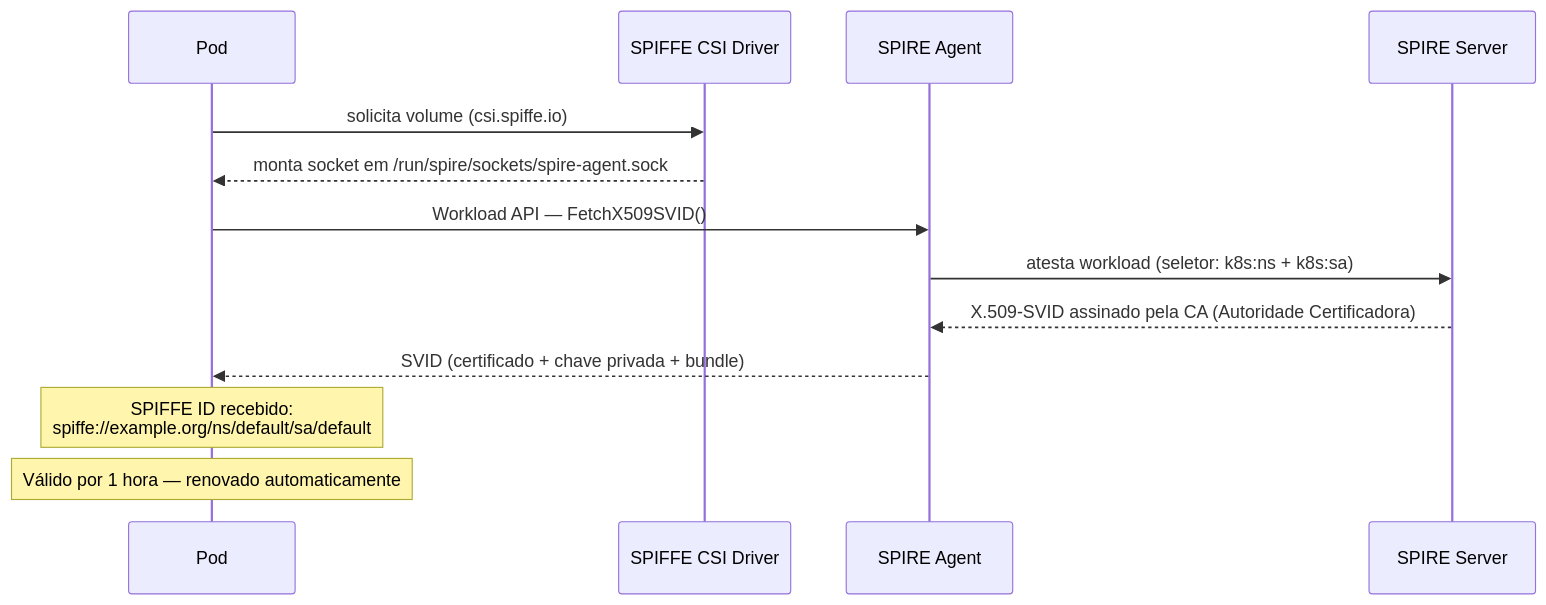
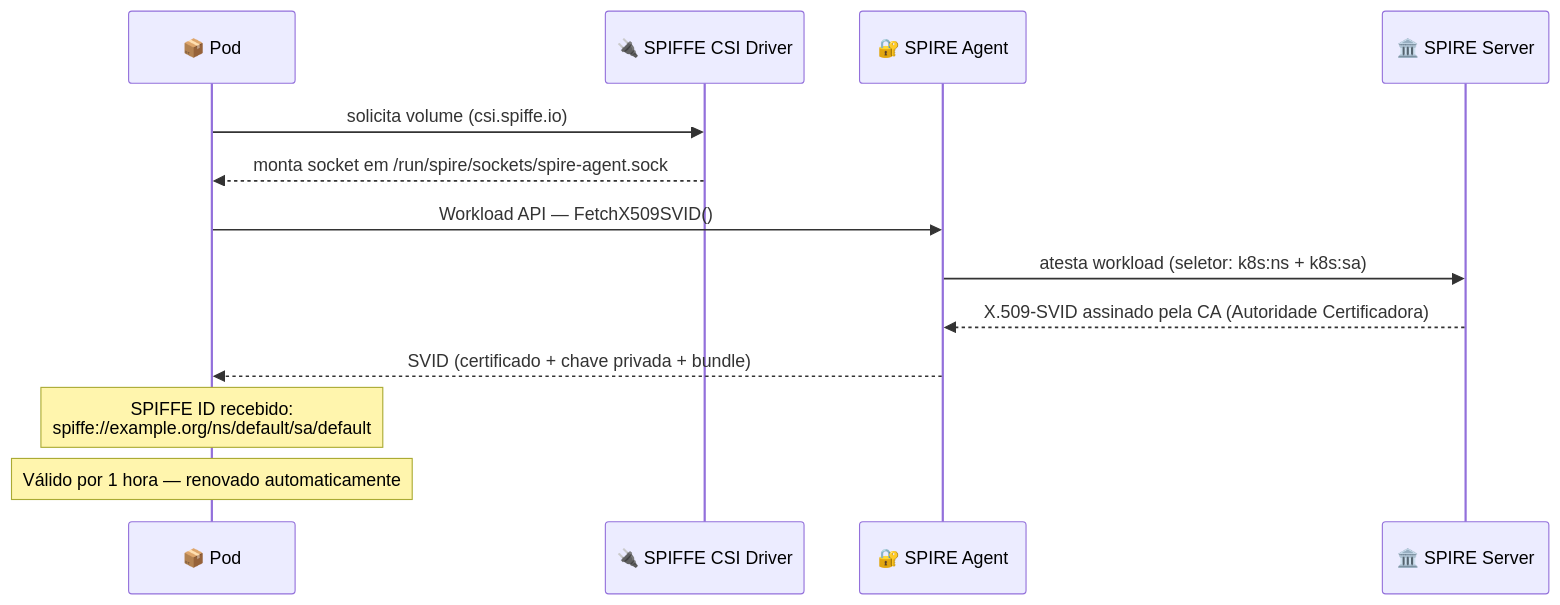
One commit to glmrleite/spiffe-spire-workload-identity-lab changed the diagram in lab01-svid-basic/README.md. Above: the diagram before and after it, drawn with Mermaid. The commit also changed other lines of this file and 3 other files, not shown here.

````diff
--- a/lab01-svid-basic/README.md
+++ b/lab01-svid-basic/README.md
@@ -37,19 +37,19 @@
 ```mermaid
 sequenceDiagram
-    participant Pod
-    participant CSI as SPIFFE CSI Driver
-    participant Agent as SPIRE Agent
-    participant Server as SPIRE Server
+    participant Pod as 📦 Pod
+    participant CSI as 🔌 SPIFFE CSI Driver
+    participant Agent as 🔐 SPIRE Agent
+    participant Server as 🏛️ SPIRE Server
 
     Pod->>CSI: solicita volume (csi.spiffe.io)
     CSI-->>Pod: monta socket em /run/spire/sockets/spire-agent.sock
 
     Pod->>Agent: Workload API — FetchX509SVID()
     Agent->>Server: atesta workload (seletor: k8s:ns + k8s:sa)
     Server-->>Agent: X.509-SVID assinado pela CA (Autoridade Certificadora)
 
     Agent-->>Pod: SVID (certificado + chave privada + bundle)
 
     Note over Pod: SPIFFE ID recebido:<br/>spiffe://example.org/ns/default/sa/default
     Note over Pod: Válido por 1 hora — renovado automaticamente
 ```
````
